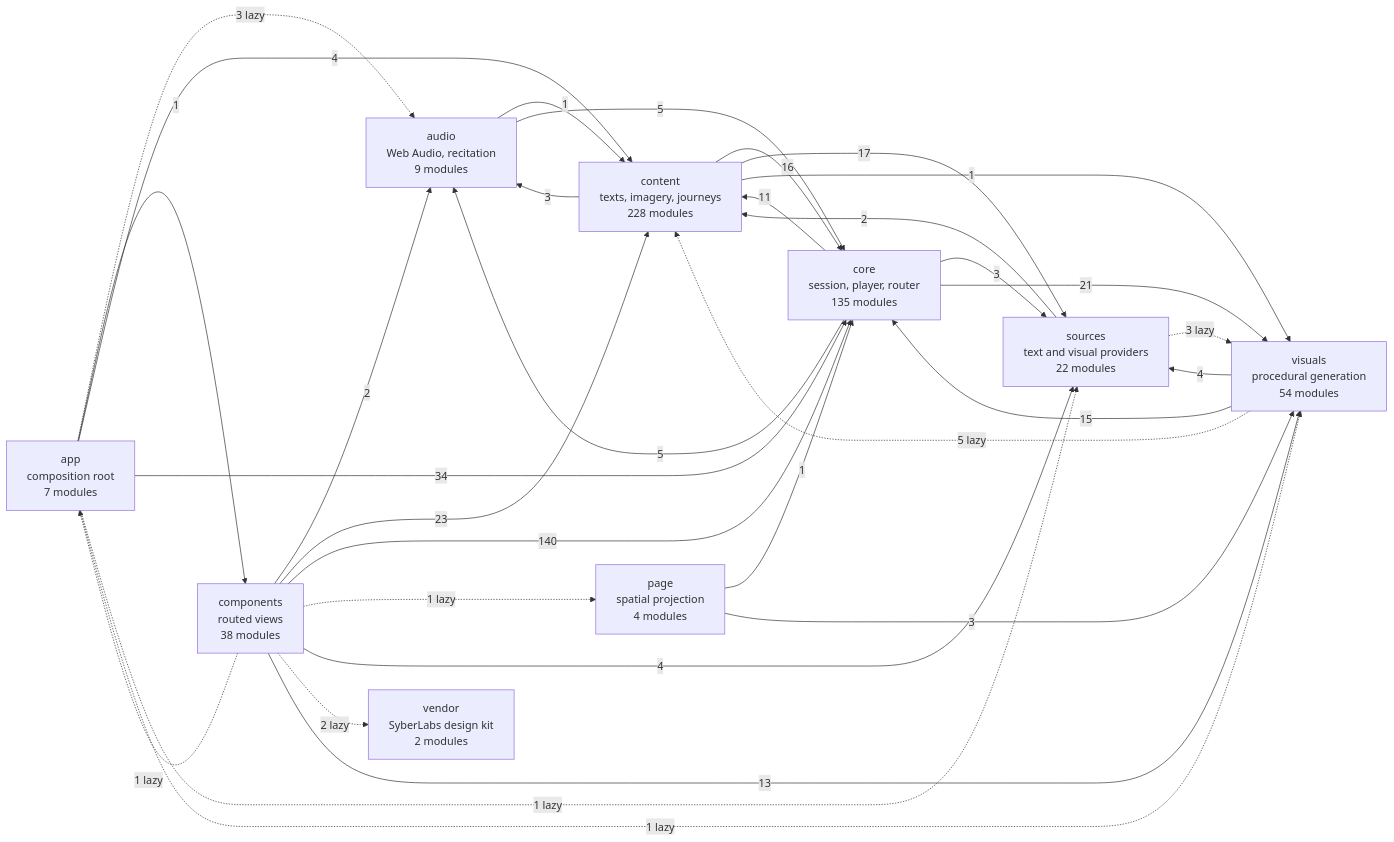
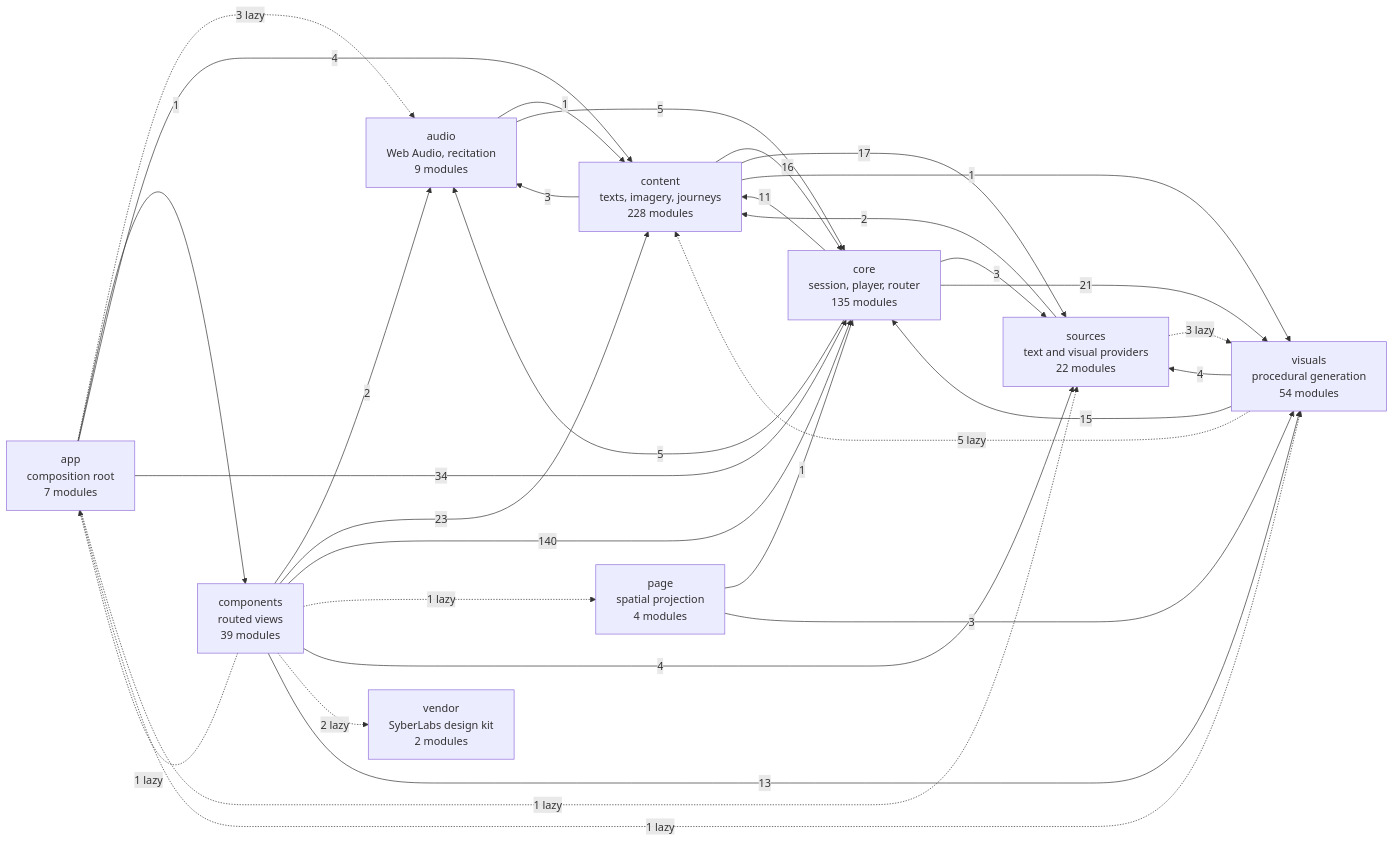
The diagram in docs/specs/ARCHITECTURE.md (SyberLabs/RISE), drawn with Mermaid before and after one commit.

Commit message:
Regenerate the architecture diagram after rebasing onto main
Claude-Session: https://claude.ai/code/session_014vkuqi5reSeZGWW7ywYhWq

````diff
--- a/docs/specs/ARCHITECTURE.md
+++ b/docs/specs/ARCHITECTURE.md
@@ -160,44 +160,44 @@
 ```mermaid
 flowchart LR
     app["app<br/>composition root<br/>7 modules"]
     audio["audio<br/>Web Audio, recitation<br/>9 modules"]
-    components["components<br/>routed views<br/>38 modules"]
+    components["components<br/>routed views<br/>39 modules"]
     content["content<br/>texts, imagery, journeys<br/>228 modules"]
     core["core<br/>session, player, router<br/>135 modules"]
     page["page<br/>spatial projection<br/>4 modules"]
     sources["sources<br/>text and visual providers<br/>22 modules"]
     vendor["vendor<br/>SyberLabs design kit<br/>2 modules"]
     visuals["visuals<br/>procedural generation<br/>54 modules"]
 
     app -.-> |3 lazy| audio
     app --> |1| components
     app --> |4| content
     app --> |34| core
     app -.-> |1 lazy| sources
     app -.-> |1 lazy| visuals
     audio --> |1| content
     audio --> |5| core
     components -.-> |1 lazy| app
     components --> |2| audio
     components --> |23| content
     components --> |140| core
     components -.-> |1 lazy| page
     components --> |4| sources
     components -.-> |2 lazy| vendor
     components --> |13| visuals
     content --> |3| audio
     content --> |16| core
     content --> |17| sources
     content --> |1| visuals
     core --> |5| audio
     core --> |11| content
     core --> |3| sources
     core --> |21| visuals
     page --> |1| core
     page --> |3| visuals
     sources --> |2| content
     sources -.-> |3 lazy| visuals
     visuals -.-> |5 lazy| content
     visuals --> |15| core
     visuals --> |4| sources
 ```
````
